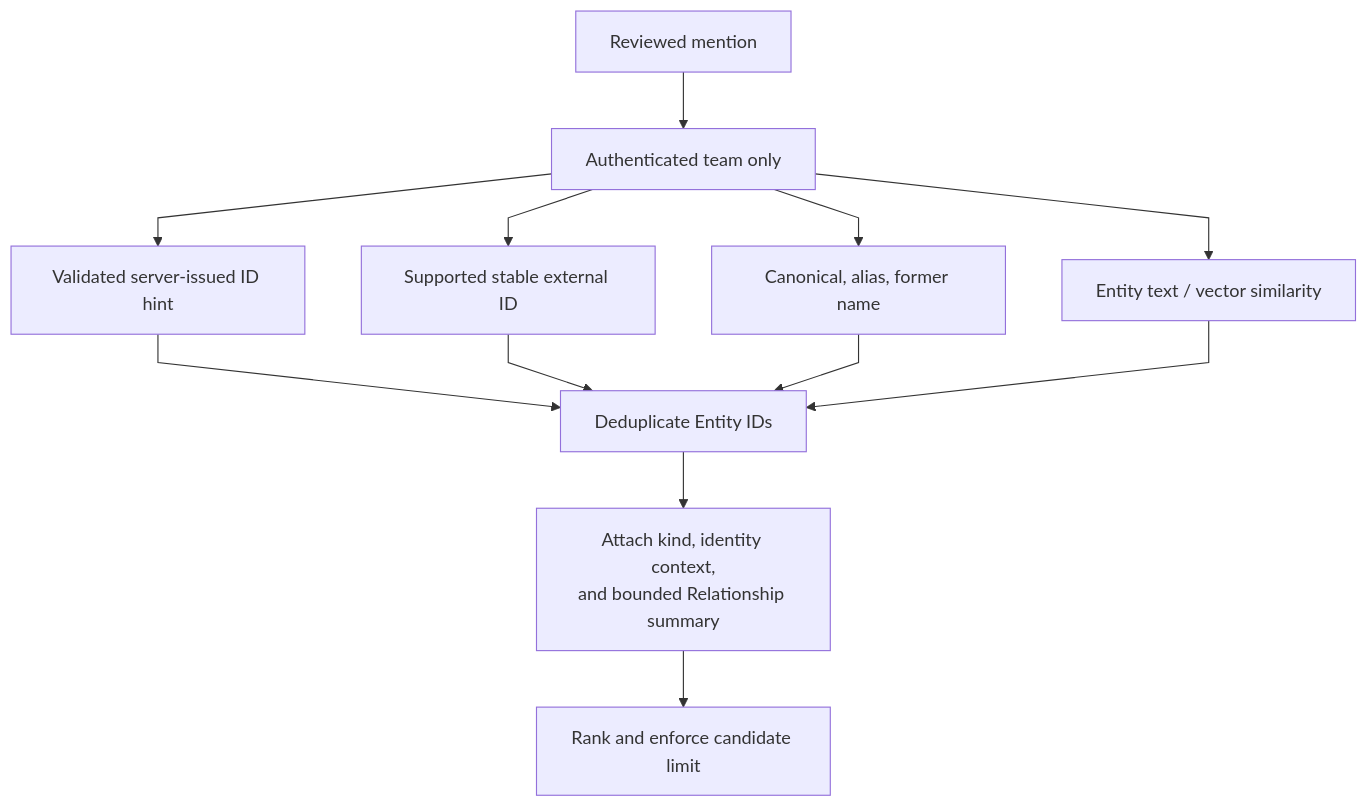
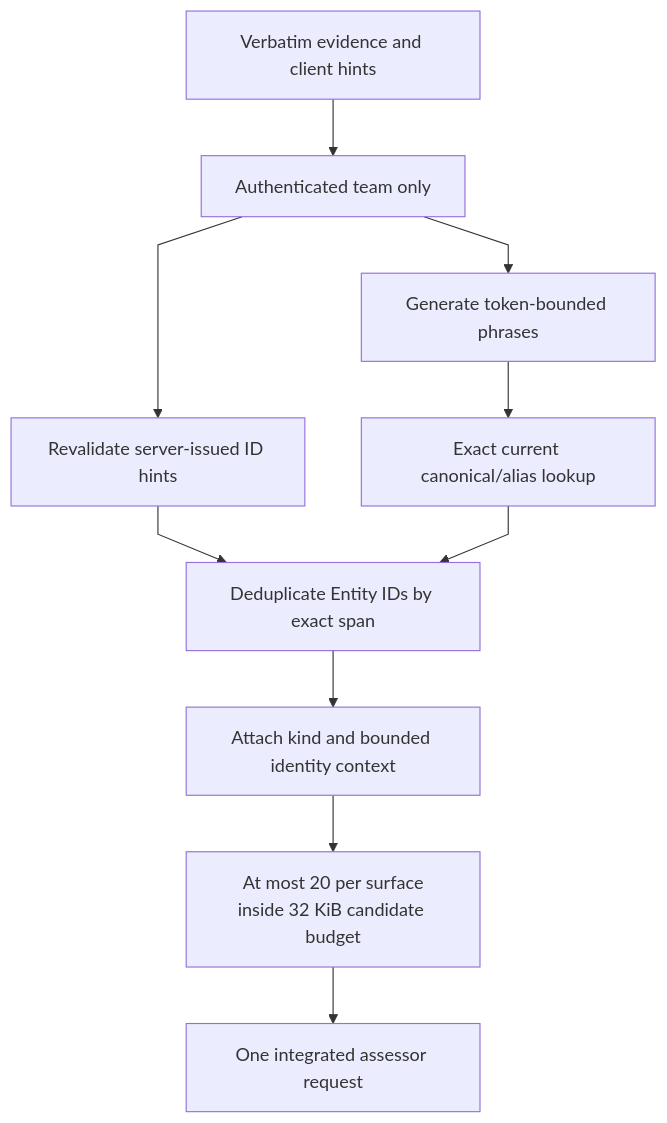
Before and after one commit to markhuangai/dense-mem: the fifth of 7 diagrams in Entity-Identity-And-Resolution.md, drawn with Mermaid. The commit also changed other lines of this file and 24 other files, not shown here.

Commit message:
Document V2.4 one-call placement architecture

````diff
--- a/Entity-Identity-And-Resolution.md
+++ b/Entity-Identity-And-Resolution.md
@@ -233,15 +233,13 @@
 ```mermaid
 %%{init: {"flowchart": {"curve": "linear"}}}%%
 flowchart TD
-  Mention["Reviewed mention"] --> Scope["Authenticated team only"]
-  Scope --> Hint["Validated server-issued ID hint"]
-  Scope --> External["Supported stable external ID"]
-  Scope --> Name["Canonical, alias, former name"]
-  Scope --> Vector["Entity text / vector similarity"]
-  Hint --> Union["Deduplicate Entity IDs"]
-  External --> Union
+  Evidence["Verbatim evidence and client hints"] --> Scope["Authenticated team only"]
+  Scope --> Hint["Revalidate server-issued ID hints"]
+  Scope --> Phrases["Generate token-bounded phrases"]
+  Phrases --> Name["Exact current canonical/alias lookup"]
+  Hint --> Union["Deduplicate Entity IDs by exact span"]
   Name --> Union
-  Vector --> Union
-  Union --> Context["Attach kind, identity context,<br/>and bounded Relationship summary"]
-  Context --> Limit["Rank and enforce candidate limit"]
+  Union --> Context["Attach kind and bounded identity context"]
+  Context --> Limit["At most 20 per surface<br/>inside 32 KiB candidate budget"]
+  Limit --> Assess["One integrated assessor request"]
 ```
````
